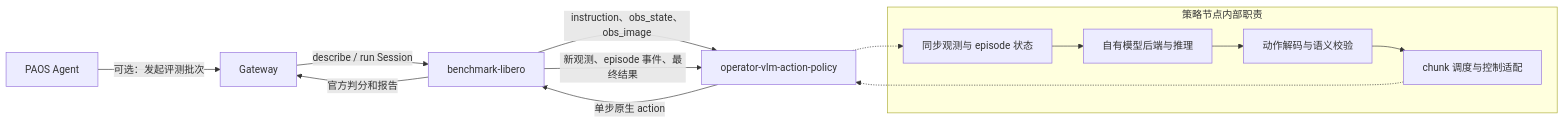
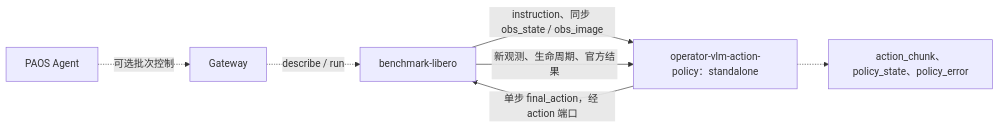
One commit to PhyAgentOS/operator-vlm-action-policy changed the first of 4 diagrams in docs/DESIGN_zh.md. Above: the diagram before and after it, drawn with Mermaid. The commit also changed other lines of this file and 9 other files, not shown here.

Commit message:
Organize VLM-only and VLA-conditioned policy designs

````diff
--- a/docs/DESIGN_zh.md
+++ b/docs/DESIGN_zh.md
@@ -15,16 +81,9 @@
 ```mermaid
 flowchart LR
-    agent["PAOS Agent"] -->|"可选：发起评测批次"| gateway["Gateway"]
-    gateway -->|"describe / run Session"| benchmark["benchmark-libero"]
-    benchmark -->|"instruction、obs_state、obs_image"| policy["operator-vlm-action-policy"]
-    policy -->|"单步原生 action"| benchmark
-    benchmark -->|"新观测、episode 事件、最终结果"| policy
-    benchmark -->|"官方判分和报告"| gateway
-    subgraph policyInternal["策略节点内部职责"]
-        sync["同步观测与 episode 状态"] --> model["自有模型后端与推理"]
-        model --> decode["动作解码与语义校验"]
-        decode --> queue["chunk 调度与控制适配"]
-    end
-    policy -.-> sync
-    queue -.-> policy
+    agent["PAOS Agent"] -.->|"可选批次控制"| gateway["Gateway"]
+    gateway -.->|"describe / run"| benchmark["benchmark-libero"]
+    benchmark -->|"instruction、同步 obs_state / obs_image"| policy["operator-vlm-action-policy：standalone"]
+    policy -->|"单步 final_action，经 action 端口"| benchmark
+    benchmark -->|"新观测、生命周期、官方结果"| policy
+    policy -.-> trace["action_chunk、policy_state、policy_error"]
 ```
````
